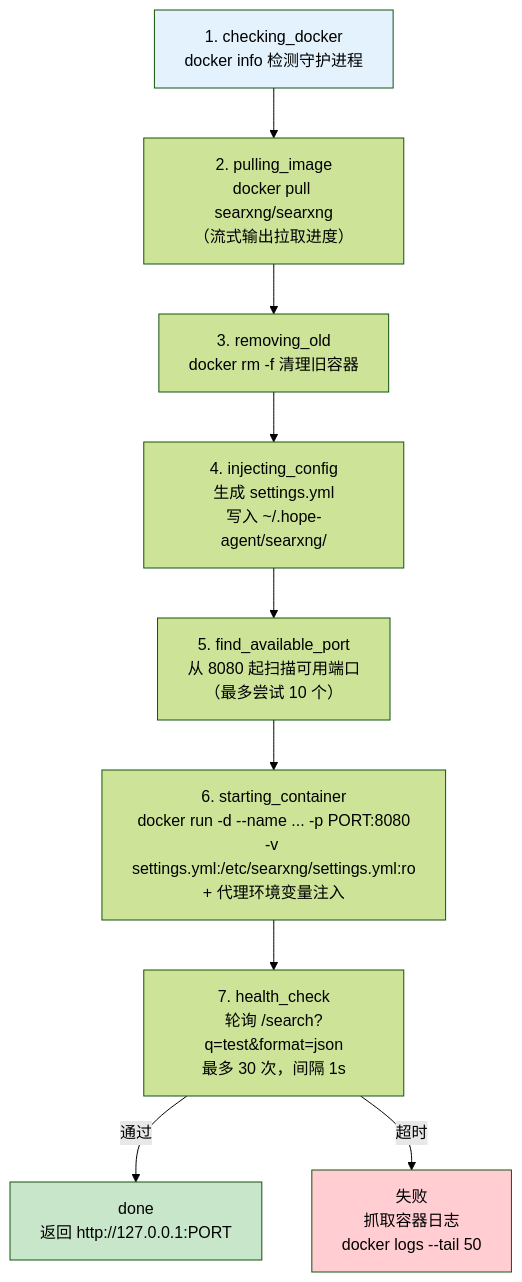
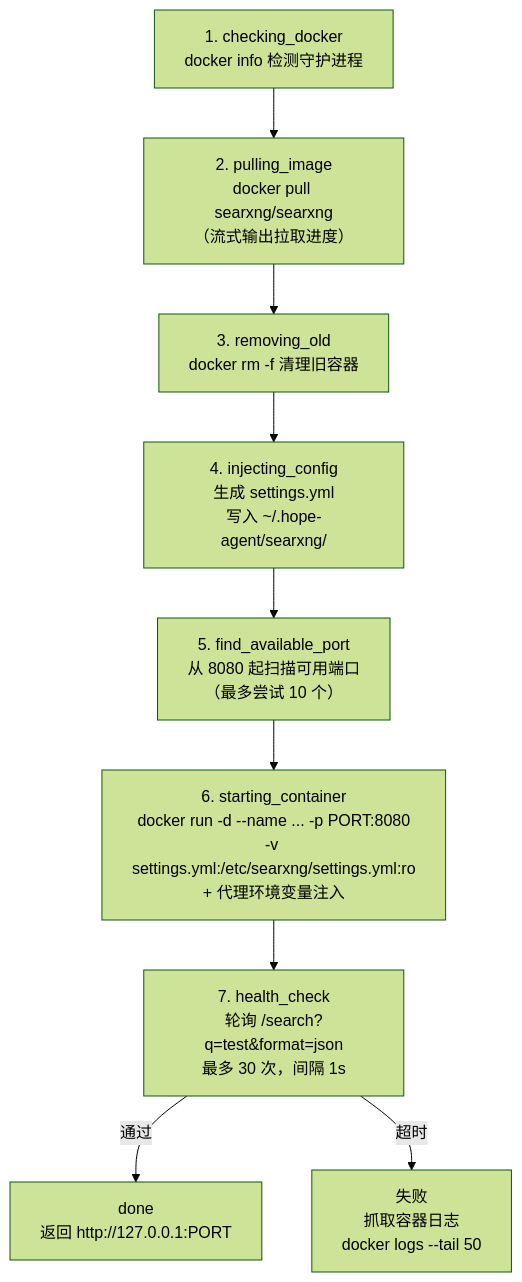
Before and after one commit to shiwenwen/hope-agent: the first of 2 diagrams in docs/architecture/sandbox.md, drawn with Mermaid (forest theme). The commit also changed other lines of this file and 13 other files, not shown here.

First line of the commit message:
docs: 移除 mermaid 图表中的自定义背景色填充

````diff
--- a/docs/architecture/sandbox.md
+++ b/docs/architecture/sandbox.md
@@ -48,15 +48,12 @@
 ```mermaid
 flowchart TD
     A["1. checking_docker<br/>docker info 检测守护进程"] --> B["2. pulling_image<br/>docker pull searxng/searxng<br/>（流式输出拉取进度）"]
     B --> C["3. removing_old<br/>docker rm -f 清理旧容器"]
     C --> D["4. injecting_config<br/>生成 settings.yml<br/>写入 ~/.hope-agent/searxng/"]
     D --> E["5. find_available_port<br/>从 8080 起扫描可用端口<br/>（最多尝试 10 个）"]
     E --> F["6. starting_container<br/>docker run -d --name ... -p PORT:8080<br/>-v settings.yml:/etc/searxng/settings.yml:ro<br/>+ 代理环境变量注入"]
     F --> G["7. health_check<br/>轮询 /search?q=test&format=json<br/>最多 30 次，间隔 1s"]
     G -->|通过| H["done<br/>返回 http://127.0.0.1:PORT"]
     G -->|超时| I["失败<br/>抓取容器日志<br/>docker logs --tail 50"]
 
-    style A fill:#e3f2fd
-    style H fill:#c8e6c9
-    style I fill:#ffcdd2
 ```
````
